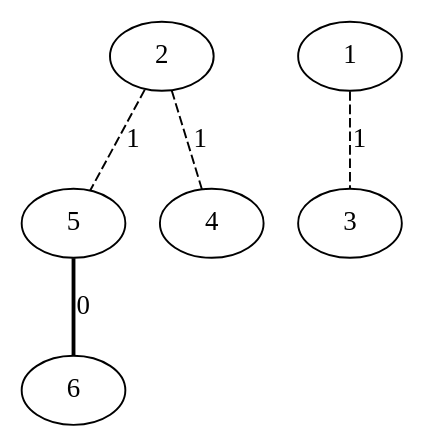
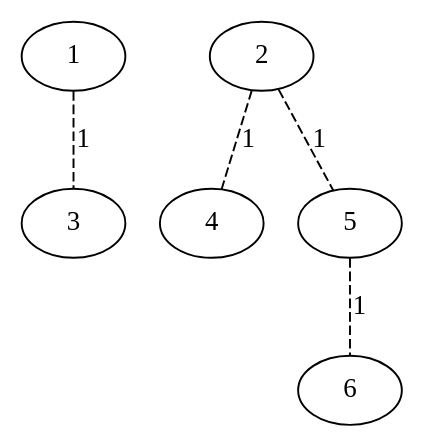
Before and after one commit to Musab1Blaser/DynamicTrees_NF: the diagram in ST-Tree/src/combined_graph.dot, drawn with Graphviz. The commit also changed 691 other files, not shown here.

```diff
--- a/ST-Tree/src/combined_graph.dot
+++ b/ST-Tree/src/combined_graph.dot
@@ -1,6 +1,6 @@
 graph G {
-5 -- 6 [style=bold, label=0];
 1 -- 3 [style=dashed, label=1];
 2 -- 4 [style=dashed, label=1];
 2 -- 5 [style=dashed, label=1];
+5 -- 6 [style=dashed, label=1];
 }
```
